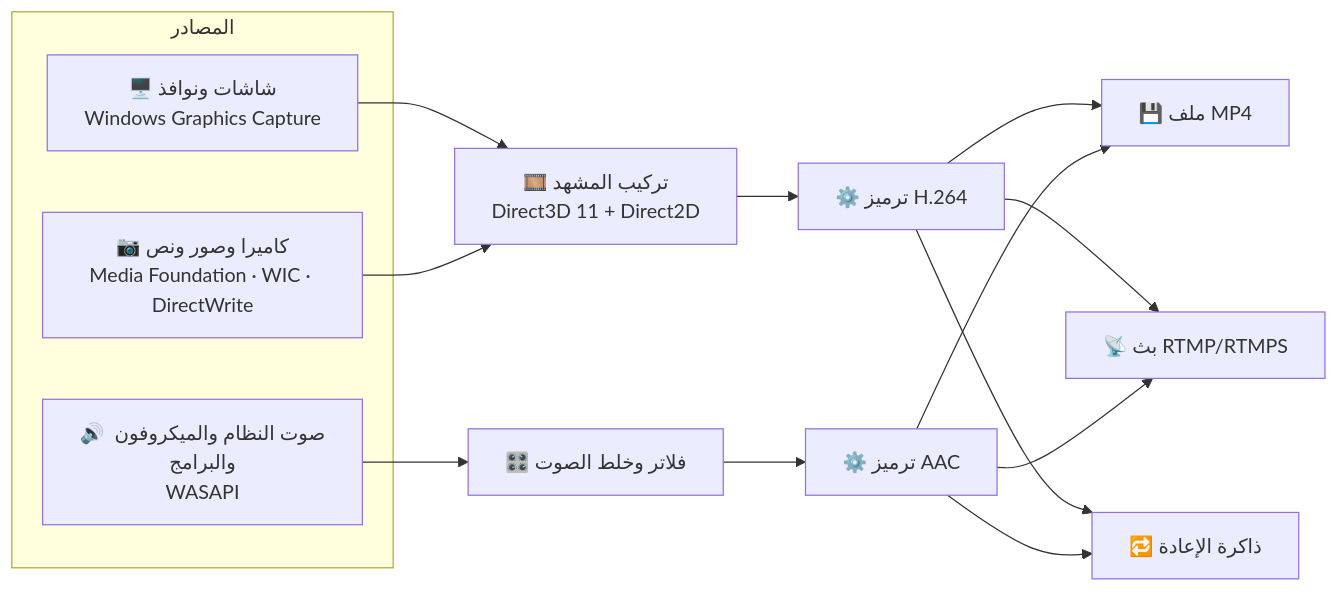
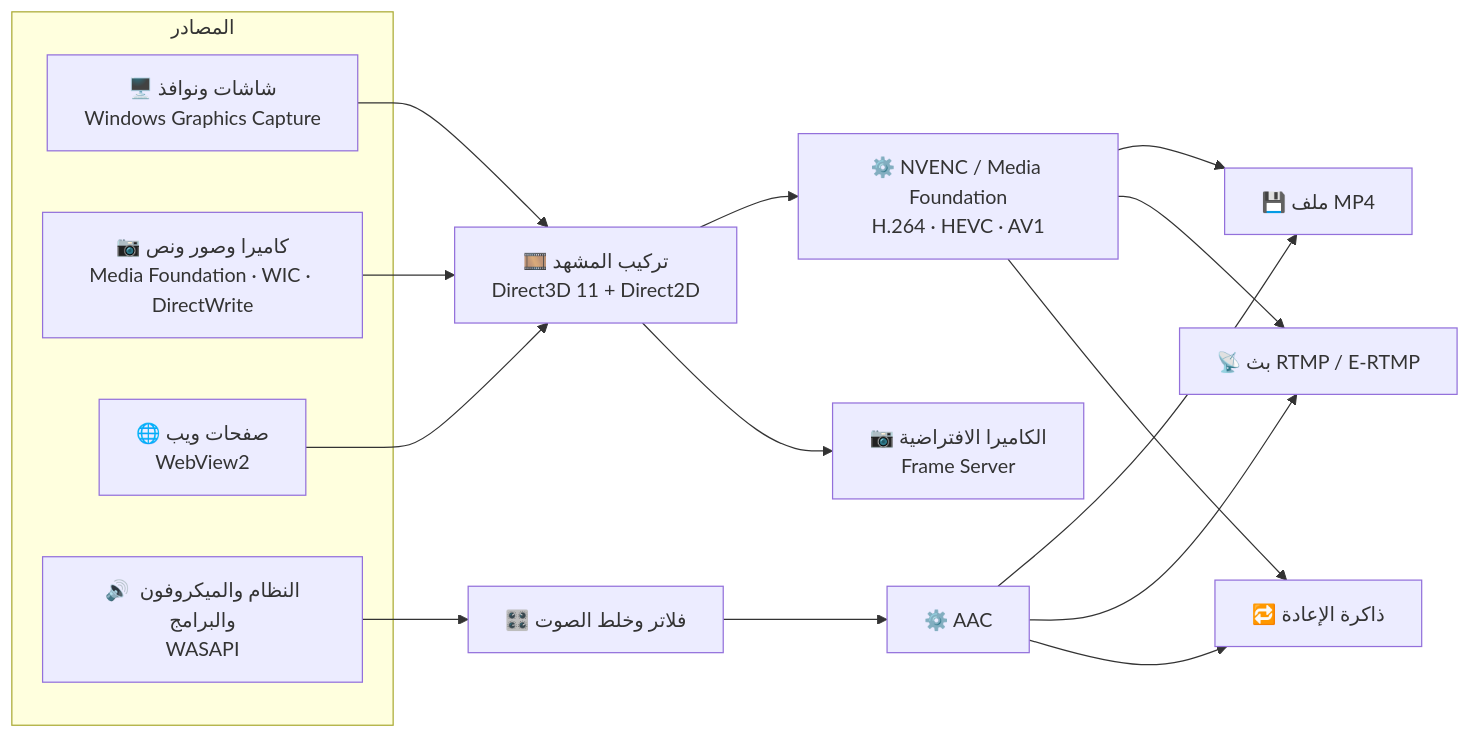
Before and after one commit to levi113160909-bit/Screen-Recorder: the diagram in README.md, drawn with Mermaid. The commit also changed other lines of this file and 117 other files, not shown here.

````diff
--- a/README.md
+++ b/README.md
@@ -104,19 +155,22 @@
 ```mermaid
 flowchart LR
     subgraph S[المصادر]
         A[🖥️ شاشات ونوافذ<br/>Windows Graphics Capture]
         B[📷 كاميرا وصور ونص<br/>Media Foundation · WIC · DirectWrite]
-        C[🔊 صوت النظام والميكروفون والبرامج<br/>WASAPI]
+        W[🌐 صفحات ويب<br/>WebView2]
+        C[🔊 النظام والميكروفون والبرامج<br/>WASAPI]
     end
     A --> D[🎞️ تركيب المشهد<br/>Direct3D 11 + Direct2D]
     B --> D
+    W --> D
     C --> E[🎛️ فلاتر وخلط الصوت]
-    D --> F[⚙️ ترميز H.264]
-    E --> G[⚙️ ترميز AAC]
+    D --> F[⚙️ NVENC / Media Foundation<br/>H.264 · HEVC · AV1]
+    E --> G[⚙️ AAC]
     F --> H[💾 ملف MP4]
     G --> H
-    F --> I[📡 بث RTMP/RTMPS]
+    F --> I[📡 بث RTMP / E-RTMP]
     G --> I
     F --> J[🔁 ذاكرة الإعادة]
     G --> J
+    D --> V[📷 الكاميرا الافتراضية<br/>Frame Server]
 ```
````
